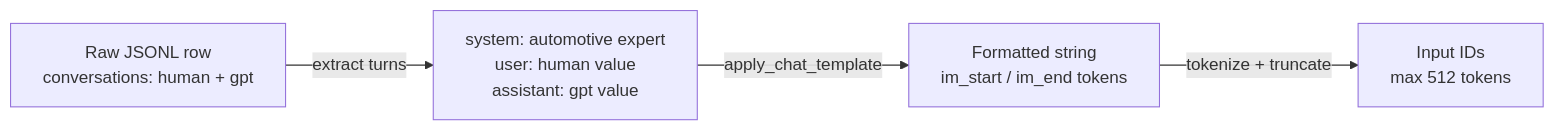
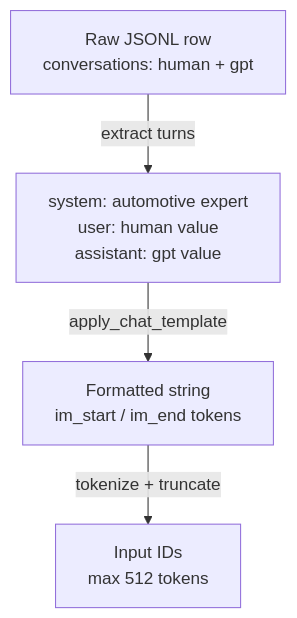
The fourth of 4 diagrams in README.md (nasim-raj-laskar/QwenDrive-QLoRA), drawn with Mermaid before and after one commit. The commit also changed other lines of this file, not shown here.

````diff
--- a/README.md
+++ b/README.md
@@ -103,6 +105,6 @@
 ```mermaid
-flowchart LR
+flowchart 
     A[Raw JSONL row\nconversations: human + gpt] -->|extract turns| B[system: automotive expert\nuser: human value\nassistant: gpt value]
     B -->|apply_chat_template| C[Formatted string\nim_start / im_end tokens]
     C -->|tokenize + truncate| D[Input IDs\nmax 512 tokens]
 ```
````
